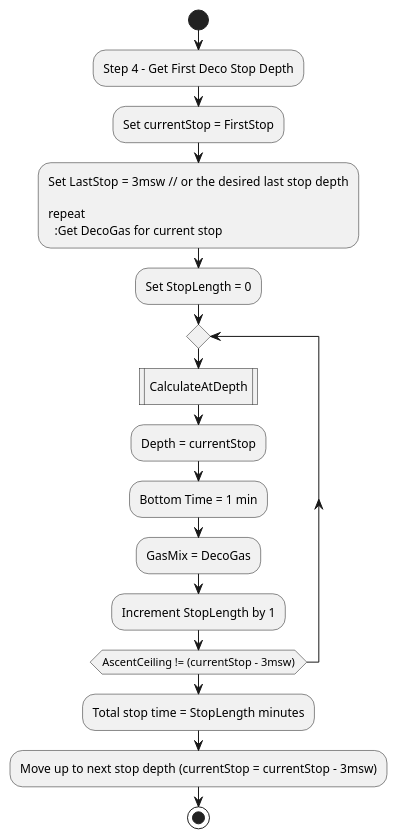
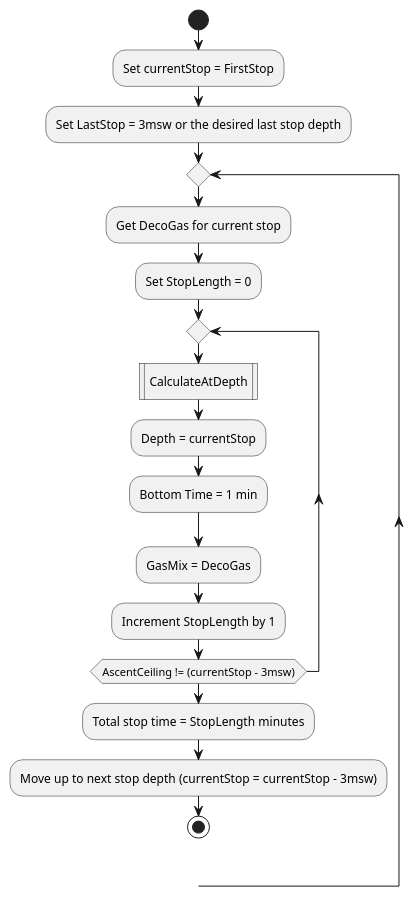
The diagram in DeepBlue.UI/UMLDiagrams/ZHL-16Diagrams/Step4.puml (harveywalker500/DeepBlue), drawn with PlantUML before and after one commit. The commit also changed 7 other files, not shown here.

Commit message:
Fixed ZHL-16.cs Modified diagrams

```diff
--- a/DeepBlue.UI/UMLDiagrams/ZHL-16Diagrams/Step4.puml
+++ b/DeepBlue.UI/UMLDiagrams/ZHL-16Diagrams/Step4.puml
@@ -1,25 +1,24 @@
 @startuml
 start
 
-:Step 4 - Get First Deco Stop Depth;
 :Set currentStop = FirstStop;
-:Set LastStop = 3msw  // or the desired last stop depth
+:Set LastStop = 3msw or the desired last stop depth;
 
 repeat
   :Get DecoGas for current stop;
   :Set StopLength = 0;
   
   repeat
     :CalculateAtDepth|
     :Depth = currentStop;
     :Bottom Time = 1 min;
     :GasMix = DecoGas;
     :Increment StopLength by 1;
   repeat while (AscentCeiling != (currentStop - 3msw))
   
   :Total stop time = StopLength minutes;
   :Move up to next stop depth (currentStop = currentStop - 3msw);
 
 
 stop
 @enduml
```
